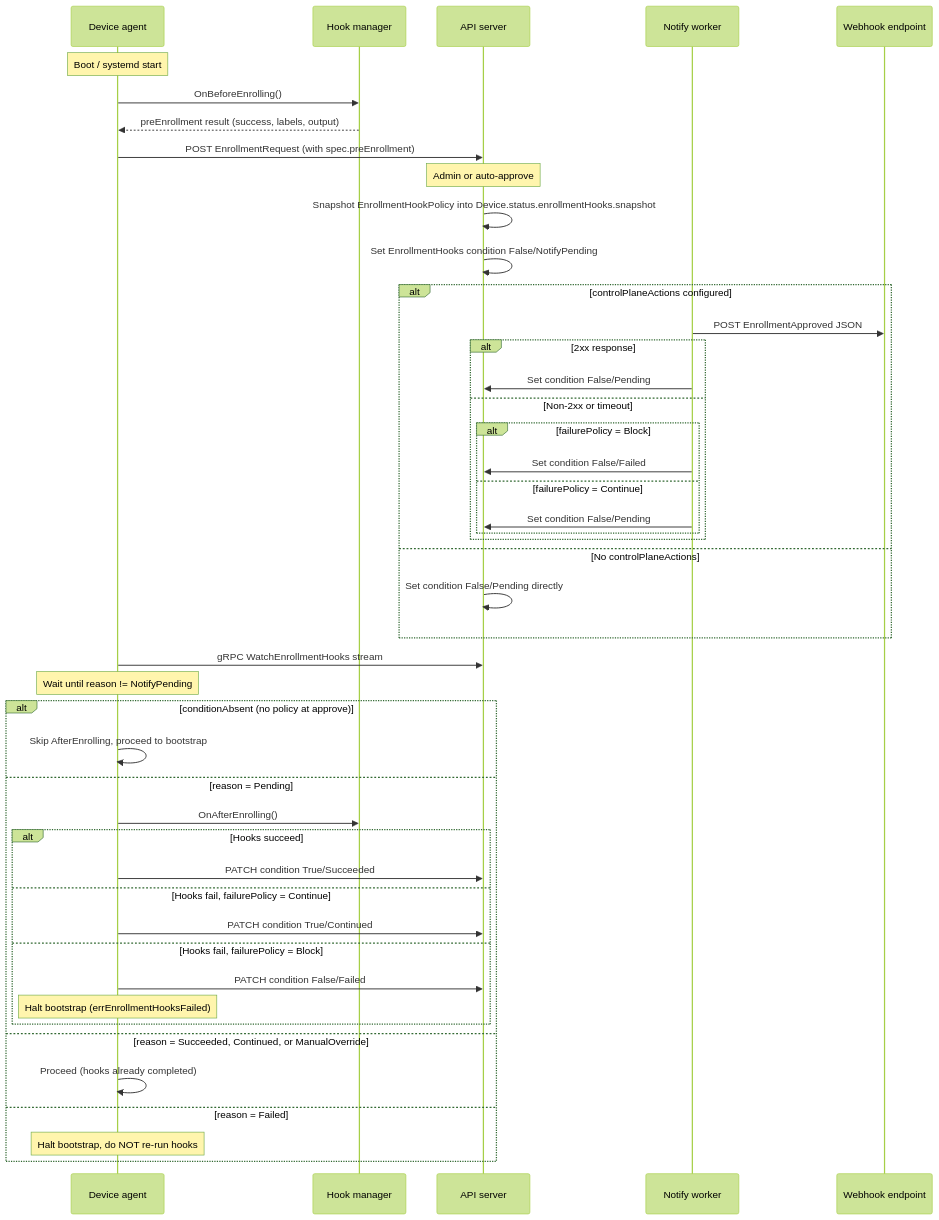
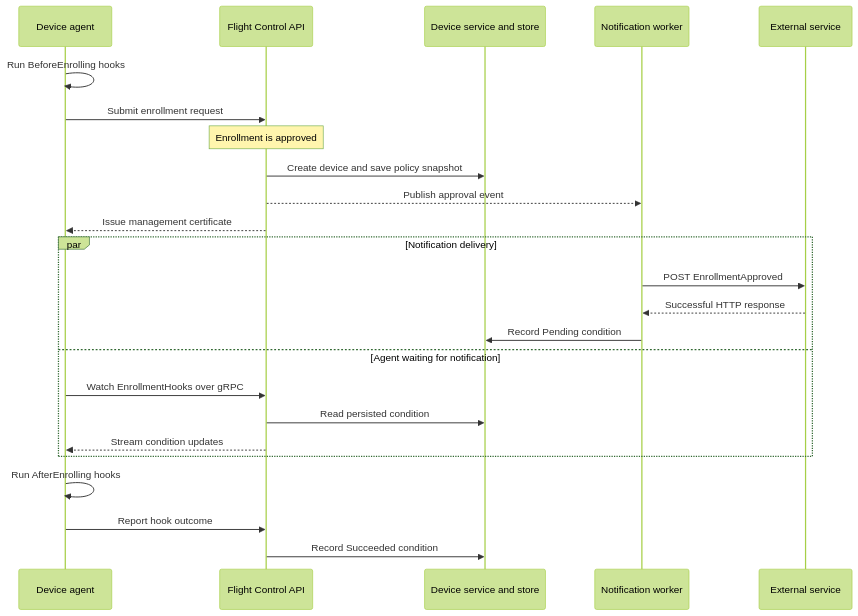
One commit to flightctl/flightctl changed the diagram in docs/developer/architecture/enrollment-hooks.md. Above: the diagram before and after it, drawn with Mermaid (forest theme). The commit also changed other lines of this file and 4 other files, not shown here.

Commit message:
EDM-5711: Clarify enrollment hook architecture and usage

````diff
--- a/docs/developer/architecture/enrollment-hooks.md
+++ b/docs/developer/architecture/enrollment-hooks.md
@@ -52,52 +24,27 @@
 ```mermaid
 sequenceDiagram
     participant Agent as Device agent
-    participant Hooks as Hook manager
-    participant Server as API server
-    participant Worker as Notify worker
-    participant Webhook as Webhook endpoint
+    participant API as Flight Control API
+    participant State as Device service and store
+    participant Worker as Notification worker
+    participant External as External service
 
-    Note over Agent: Boot / systemd start
-    Agent->>Hooks: OnBeforeEnrolling()
-    Hooks-->>Agent: preEnrollment result (success, labels, output)
-    Agent->>Server: POST EnrollmentRequest (with spec.preEnrollment)
-    Note over Server: Admin or auto-approve
-    Server->>Server: Snapshot EnrollmentHookPolicy into Device.status.enrollmentHooks.snapshot
-    Server->>Server: Set EnrollmentHooks condition False/NotifyPending
-
-    alt controlPlaneActions configured
-        Worker->>Webhook: POST EnrollmentApproved JSON
-        alt 2xx response
-            Worker->>Server: Set condition False/Pending
-        else Non-2xx or timeout
-            alt failurePolicy = Block
-                Worker->>Server: Set condition False/Failed
-            else failurePolicy = Continue
-                Worker->>Server: Set condition False/Pending
-            end
-        end
-    else No controlPlaneActions
-        Server->>Server: Set condition False/Pending directly
+    Agent->>Agent: Run BeforeEnrolling hooks
+    Agent->>API: Submit enrollment request
+    Note over API: Enrollment is approved
+    API->>State: Create device and save policy snapshot
+    API-->>Worker: Publish approval event
+    API-->>Agent: Issue management certificate
+    par Notification delivery
+        Worker->>External: POST EnrollmentApproved
+        External-->>Worker: Successful HTTP response
+        Worker->>State: Record Pending condition
+    and Agent waiting for notification
+        Agent->>API: Watch EnrollmentHooks over gRPC
+        API->>State: Read persisted condition
+        API-->>Agent: Stream condition updates
     end
-
-    Agent->>Server: gRPC WatchEnrollmentHooks stream
-    Note over Agent: Wait until reason != NotifyPending
-
-    alt conditionAbsent (no policy at approve)
-        Agent->>Agent: Skip AfterEnrolling, proceed to bootstrap
-    else reason = Pending
-        Agent->>Hooks: OnAfterEnrolling()
-        alt Hooks succeed
-            Agent->>Server: PATCH condition True/Succeeded
-        else Hooks fail, failurePolicy = Continue
-            Agent->>Server: PATCH condition True/Continued
-        else Hooks fail, failurePolicy = Block
-            Agent->>Server: PATCH condition False/Failed
-            Note over Agent: Halt bootstrap (errEnrollmentHooksFailed)
-        end
-    else reason = Succeeded, Continued, or ManualOverride
-        Agent->>Agent: Proceed (hooks already completed)
-    else reason = Failed
-        Note over Agent: Halt bootstrap, do NOT re-run hooks
-    end
+    Agent->>Agent: Run AfterEnrolling hooks
+    Agent->>API: Report hook outcome
+    API->>State: Record Succeeded condition
 ```
````
